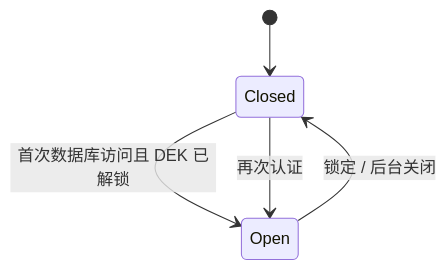
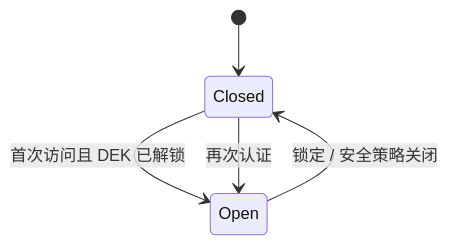
One commit to aozijx/Passly changed the second of 2 diagrams in docs/data/database.md. Above: the diagram before and after it, drawn with Mermaid. The commit also changed other lines of this file and 62 other files, not shown here.

````diff
--- a/docs/data/database.md
+++ b/docs/data/database.md
@@ -105,7 +93,7 @@
 ```mermaid
 stateDiagram-v2
     [*] --> Closed
-    Closed --> Open: 首次数据库访问且 DEK 已解锁
-    Open --> Closed: 锁定 / 后台关闭
+    Closed --> Open: 首次访问且 DEK 已解锁
+    Open --> Closed: 锁定 / 安全策略关闭
     Closed --> Open: 再次认证
 ```
````
